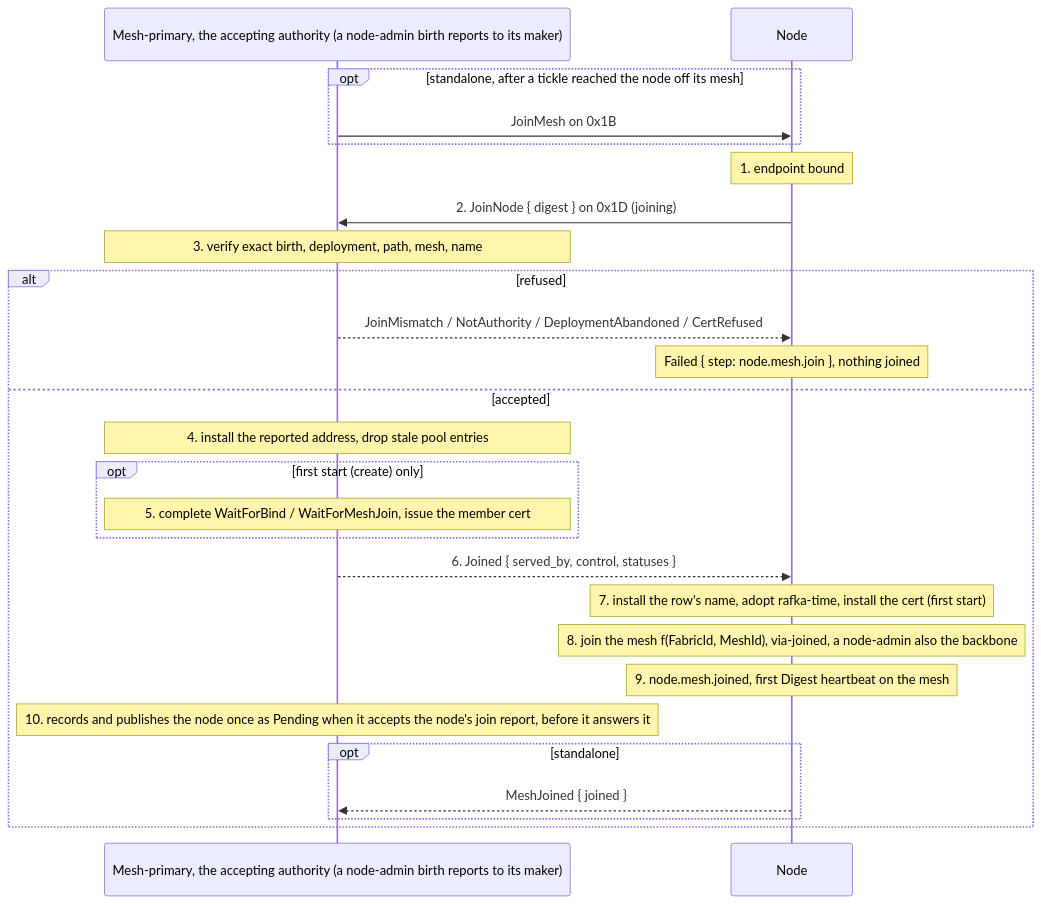
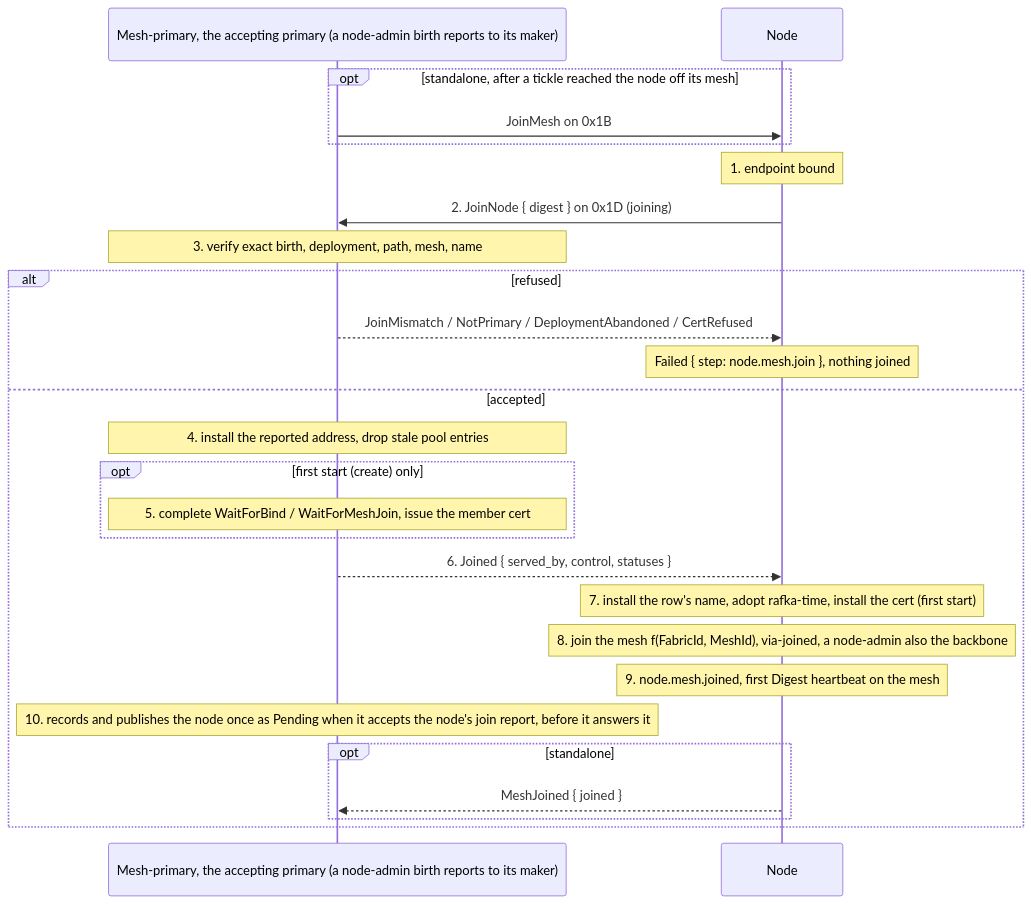
One commit to drlukeangel/rust-distributed-mesh changed the diagram in docs/architecture/lifecycles/node-mesh-join.md. Above: the diagram before and after it, drawn with Mermaid. The commit also changed other lines of this file and 3 other files, not shown here.

Commit message:
docs(states, node-admin-lifecycle, node-mesh-join, deployment-provider): in the terms; node investigation decides; no seat, holder, authority, cut-off view, hold or exit proof

````diff
--- a/docs/architecture/lifecycles/node-mesh-join.md
+++ b/docs/architecture/lifecycles/node-mesh-join.md
@@ -227,28 +227,28 @@
 ```mermaid
 sequenceDiagram
-    participant M as Mesh-primary, the accepting authority (a node-admin birth reports to its maker)
+    participant M as Mesh-primary, the accepting primary (a node-admin birth reports to its maker)
     participant N as Node
     opt standalone, after a tickle reached the node off its mesh
         M->>N: JoinMesh on 0x1B
     end
     Note over N: 1. endpoint bound
     N->>M: 2. JoinNode { digest } on 0x1D (joining)
     Note over M: 3. verify exact birth, deployment, path, mesh, name
     alt refused
-        M-->>N: JoinMismatch / NotAuthority / DeploymentAbandoned / CertRefused
+        M-->>N: JoinMismatch / NotPrimary / DeploymentAbandoned / CertRefused
         Note over N: Failed { step: node.mesh.join }, nothing joined
     else accepted
         Note over M: 4. install the reported address, drop stale pool entries
         opt first start (create) only
             Note over M: 5. complete WaitForBind / WaitForMeshJoin, issue the member cert
         end
         M-->>N: 6. Joined { served_by, control, statuses }
         Note over N: 7. install the row's name, adopt rafka-time, install the cert (first start)
         Note over N: 8. join the mesh f(FabricId, MeshId), via-joined, a node-admin also the backbone
         Note over N: 9. node.mesh.joined, first Digest heartbeat on the mesh
         Note over M: 10. records and publishes the node once as Pending when it accepts the node's join report, before it answers it
         opt standalone
             N-->>M: MeshJoined { joined }
         end
     end
 ```
````
